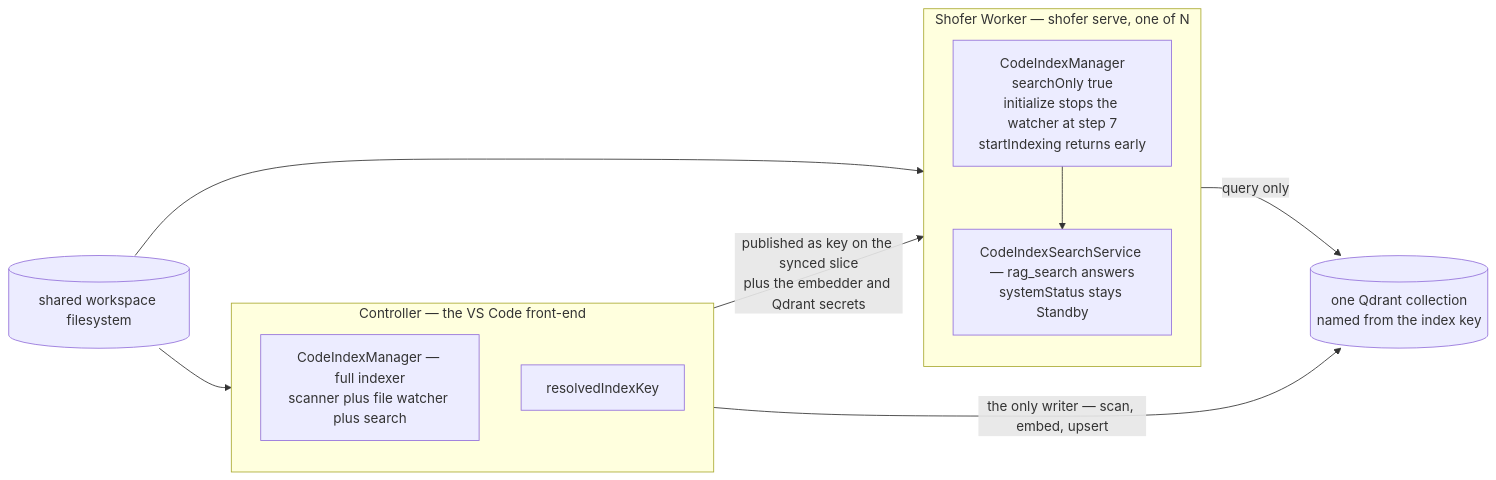
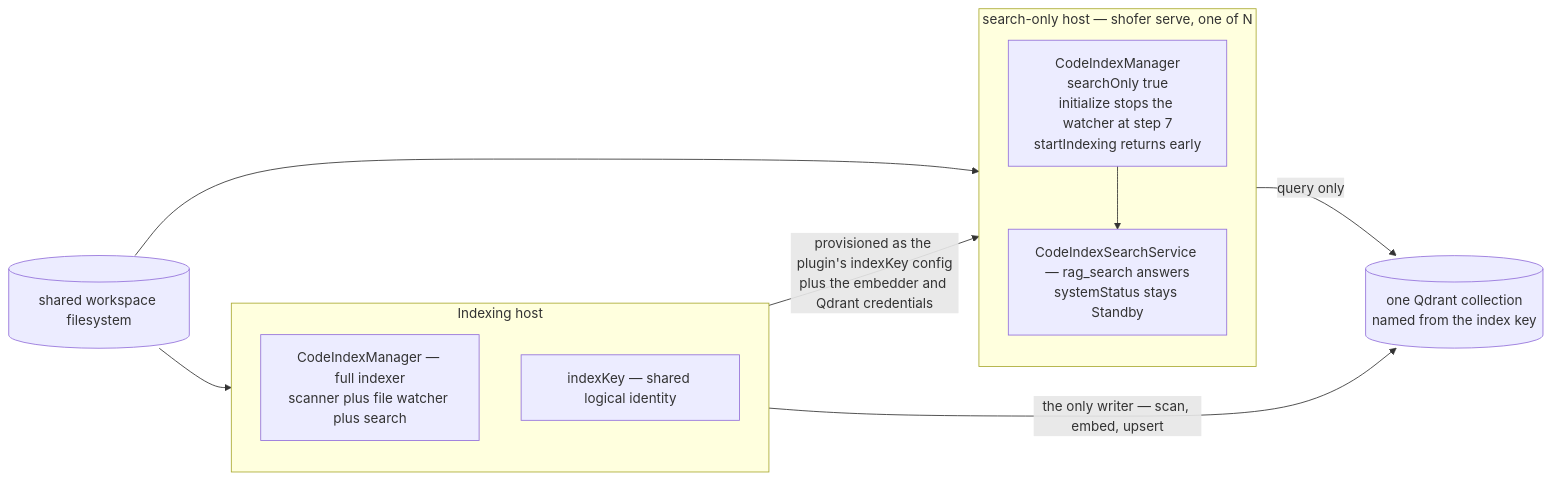
One commit to shofer-dev/shofer changed the fourth of 5 diagrams in plugins/rag-indexing/DESIGN.md. Above: the diagram before and after it, drawn with Mermaid. The commit also changed other lines of this file and 85 other files, not shown here.

````diff
--- a/plugins/rag-indexing/DESIGN.md
+++ b/plugins/rag-indexing/DESIGN.md
@@ -671,22 +668,22 @@
 ```mermaid
 flowchart LR
-    subgraph CTRL["Controller — the VS Code front-end"]
+    subgraph CTRL["Indexing host"]
         direction TB
         CO["CodeIndexManager — full indexer<br/>scanner plus file watcher plus search"]
-        CK["resolvedIndexKey"]
+        CK["indexKey — shared logical identity"]
     end
-    subgraph NODE["Shofer Worker — shofer serve, one of N"]
+    subgraph NODE["search-only host — shofer serve, one of N"]
         direction TB
         NO["CodeIndexManager<br/>searchOnly true<br/>initialize stops the watcher at step 7<br/>startIndexing returns early"]
         NS["CodeIndexSearchService — rag_search answers<br/>systemStatus stays Standby"]
         NO --> NS
     end
     WS[("shared workspace filesystem")]
     QD[("one Qdrant collection<br/>named from the index key")]
 
     WS --> CO
     WS --> NO
     CO -->|"the only writer — scan, embed, upsert"| QD
     NS -->|"query only"| QD
-    CK -->|"published as key on the synced slice<br/>plus the embedder and Qdrant secrets"| NO
+    CK -->|"provisioned as the plugin's indexKey config<br/>plus the embedder and Qdrant credentials"| NO
 ```
````
